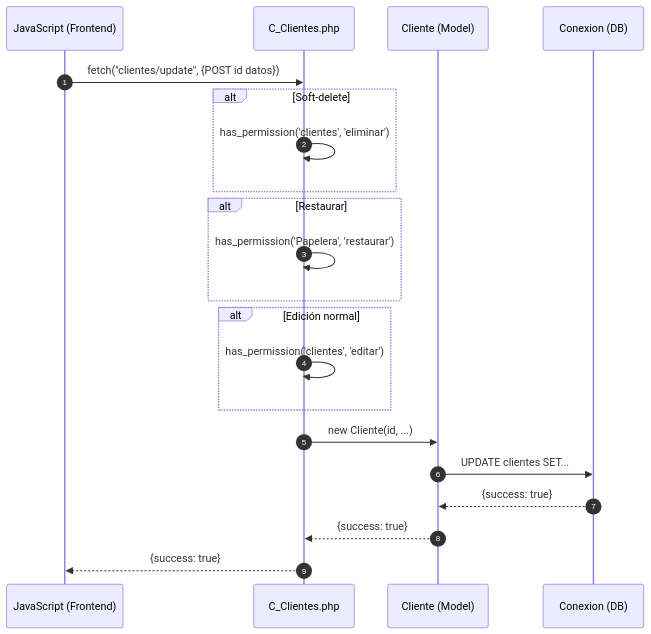
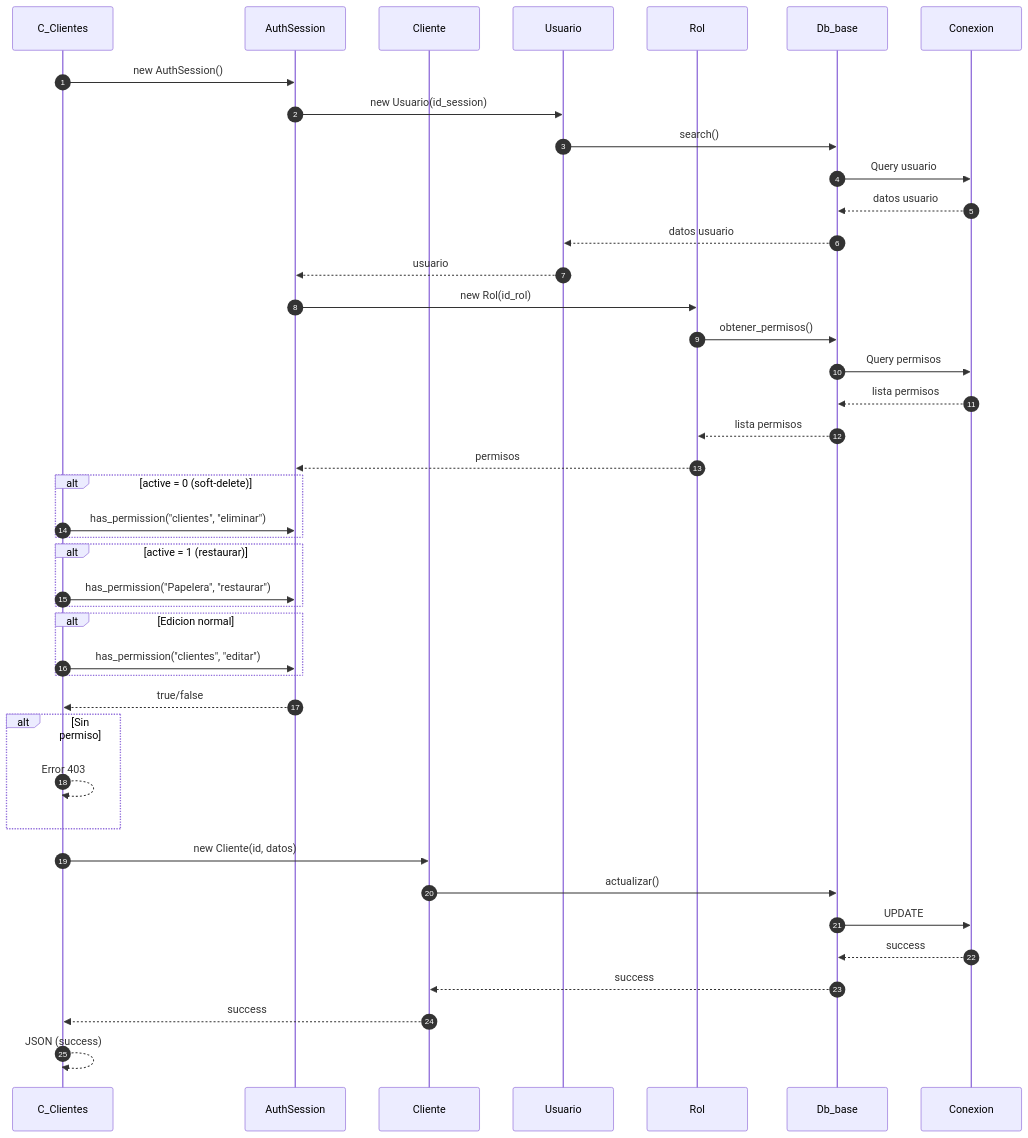
The fourth of 5 diagrams in docs/secuencia/clientes/clientes.md (Tecrato/BurgerHouse), drawn with Mermaid before and after one commit. The commit also changed other lines of this file and 13 other files, not shown here.

First line of the commit message:
diagramas actualizaos

````diff
--- a/docs/secuencia/clientes/clientes.md
+++ b/docs/secuencia/clientes/clientes.md
@@ -83,29 +122,53 @@
 ```mermaid
 sequenceDiagram
     autonumber
-    participant JS as JavaScript (Frontend)
-    participant C_Clientes as C_Clientes.php
-    participant Cliente as Cliente (Model)
-    participant DB as Conexion (DB)
+    participant C_Clientes as C_Clientes
+    participant AuthSession as AuthSession
+    participant Cliente as Cliente
+    participant Usuario as Usuario
+    participant Rol as Rol
+    participant Db_base as Db_base
+    participant Conexion as Conexion
     
-    JS->>C_Clientes: fetch("clientes/update", {POST id datos})
+    C_Clientes->>AuthSession: new AuthSession()
+    AuthSession->>Usuario: new Usuario(id_session)
+    Usuario->>Db_base: search()
+    Db_base->>Conexion: Query usuario
+    Conexion-->>Db_base: datos usuario
+    Db_base-->>Usuario: datos usuario
+    Usuario-->>AuthSession: usuario
     
-    alt Soft-delete
-        C_Clientes->>C_Clientes: has_permission('clientes', 'eliminar')
+    AuthSession->>Rol: new Rol(id_rol)
+    Rol->>Db_base: obtener_permisos()
+    Db_base->>Conexion: Query permisos
+    Conexion-->>Db_base: lista permisos
+    Db_base-->>Rol: lista permisos
+    Rol-->>AuthSession: permisos
+    
+    alt active = 0 (soft-delete)
+        C_Clientes->>AuthSession: has_permission("clientes", "eliminar")
     end
     
-    alt Restaurar
-        C_Clientes->>C_Clientes: has_permission('Papelera', 'restaurar')
+    alt active = 1 (restaurar)
+        C_Clientes->>AuthSession: has_permission("Papelera", "restaurar")
     end
     
-    alt Edición normal
-        C_Clientes->>C_Clientes: has_permission('clientes', 'editar')
+    alt Edicion normal
+        C_Clientes->>AuthSession: has_permission("clientes", "editar")
     end
     
-    C_Clientes->>Cliente: new Cliente(id, ...)
-    Cliente->>DB: UPDATE clientes SET...
-    DB-->>Cliente: {success: true}
-    Cliente-->>C_Clientes: {success: true}
+    AuthSession-->>C_Clientes: true/false
     
-    C_Clientes-->>JS: {success: true}
+    alt Sin permiso
+        C_Clientes-->>C_Clientes: Error 403
+    end
+    
+    C_Clientes->>Cliente: new Cliente(id, datos)
+    Cliente->>Db_base: actualizar()
+    Db_base->>Conexion: UPDATE
+    Conexion-->>Db_base: success
+    Db_base-->>Cliente: success
+    Cliente-->>C_Clientes: success
+    
+    C_Clientes-->>C_Clientes: JSON (success)
 ```
````
